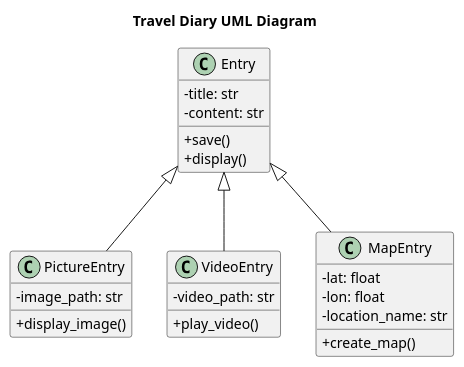
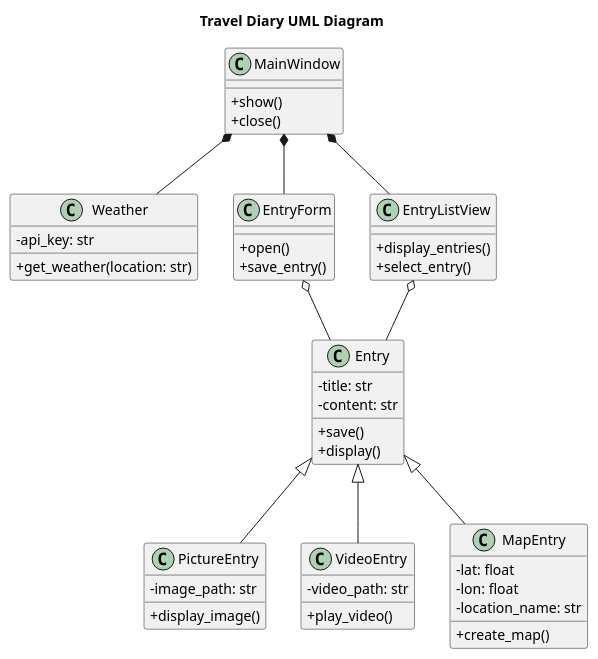
Before and after one commit to hgoerner/EDiary: the diagram in uml_diagramms/.puml, drawn with PlantUML.

Commit message:
Refactor code to update UML diagram path and remove class attribute icons

```diff
--- a/uml_diagramms/.puml
+++ b/uml_diagramms/.puml
@@ -1,33 +1,59 @@
 @startuml TravelDiary
 skinparam classAttributeIconSize 0
 title Travel Diary UML Diagram
 
 class Entry {
     - title: str
     - content: str
     + save()
     + display()
 }
 
 class PictureEntry {
     - image_path: str
     + display_image()
 }
 
 class VideoEntry {
     - video_path: str
     + play_video()
 }
 
 class MapEntry {
     - lat: float
     - lon: float
     - location_name: str
     + create_map()
 }
 
+class Weather {
+    - api_key: str
+    + get_weather(location: str)
+}
+
+class MainWindow {
+    + show()
+    + close()
+}
+
+class EntryForm {
+    + open()
+    + save_entry()
+}
+
+class EntryListView {
+    + display_entries()
+    + select_entry()
+}
+
 Entry <|-- PictureEntry
 Entry <|-- VideoEntry
 Entry <|-- MapEntry
 
+MainWindow *-- EntryForm
+MainWindow *-- EntryListView
+EntryForm o-- Entry
+EntryListView o-- Entry
+MainWindow *-- Weather
+
 @enduml
```
